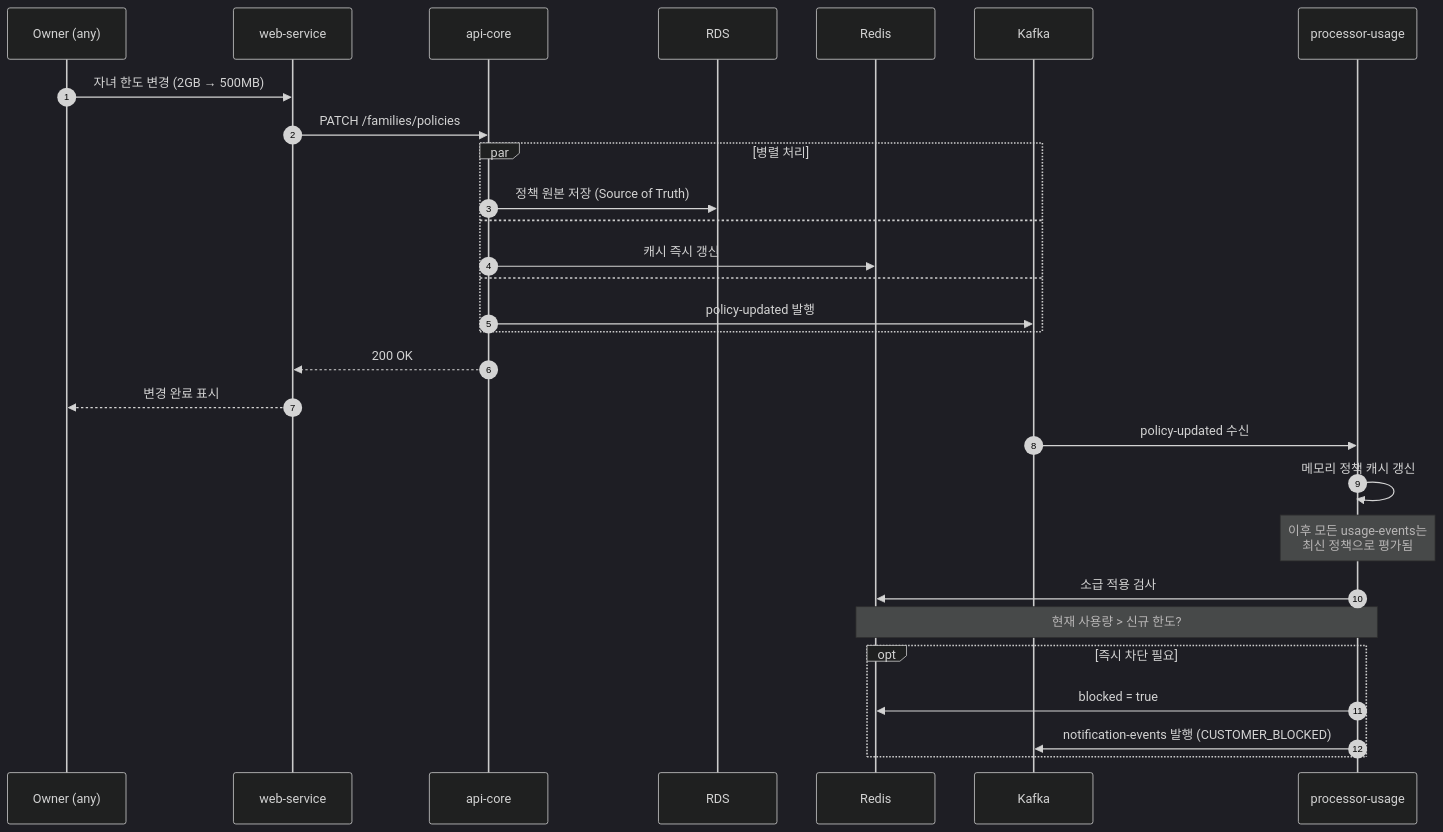
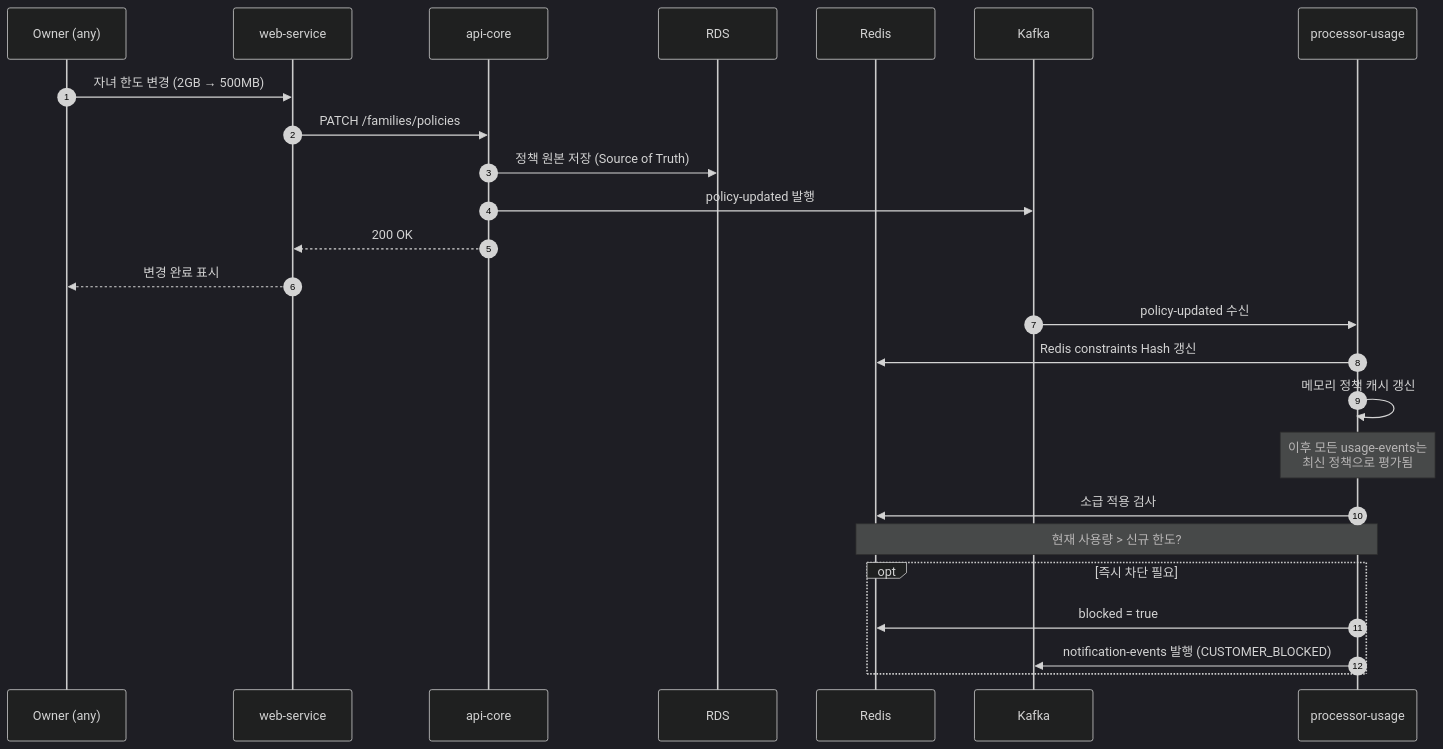
One commit to da-bom/.github changed the fifth of 12 diagrams in profile/README.md. Above: the diagram before and after it, drawn with Mermaid (dark theme). The commit also changed other lines of this file, not shown here.

````diff
--- a/profile/README.md
+++ b/profile/README.md
@@ -1148,36 +1133,31 @@
 ```mermaid
 sequenceDiagram
     autonumber
     participant OW as Owner (any)
     participant WS as web-service
     participant AC as api-core
     participant DB as RDS
     participant RD as Redis
     participant KF as Kafka
     participant UP as processor-usage
 
     OW->>WS: 자녀 한도 변경 (2GB → 500MB)
     WS->>AC: PATCH /families/policies
 
-    par 병렬 처리
-        AC->>DB: 정책 원본 저장 (Source of Truth)
-    and
-        AC->>RD: 캐시 즉시 갱신
-    and
-        AC->>KF: policy-updated 발행
-    end
-
+    AC->>DB: 정책 원본 저장 (Source of Truth)
+    AC->>KF: policy-updated 발행
     AC-->>WS: 200 OK
     WS-->>OW: 변경 완료 표시
 
     KF->>UP: policy-updated 수신
+    UP->>RD: Redis constraints Hash 갱신
     UP->>UP: 메모리 정책 캐시 갱신
     Note over UP: 이후 모든 usage-events는<br/>최신 정책으로 평가됨
     UP->>RD: 소급 적용 검사
     Note over UP,RD: 현재 사용량 > 신규 한도?
 
     opt 즉시 차단 필요
         UP->>RD: blocked = true
         UP->>KF: notification-events 발행 (CUSTOMER_BLOCKED)
     end
 ```
````
